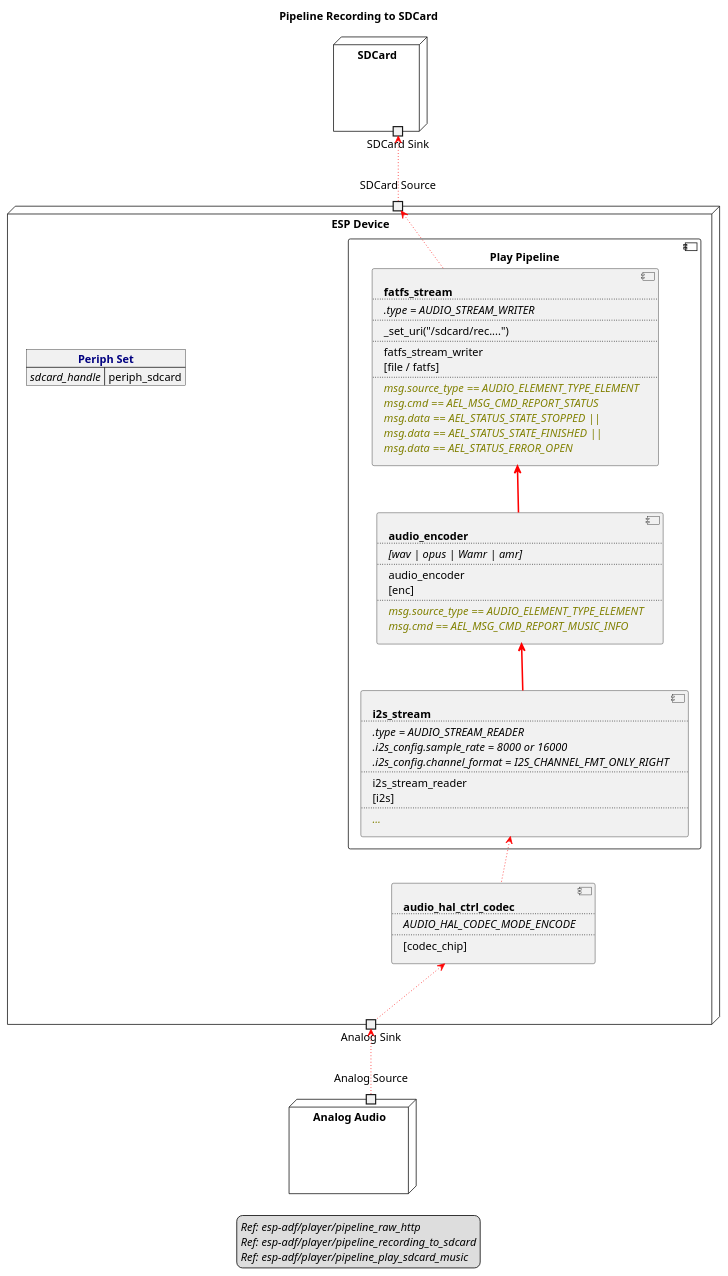
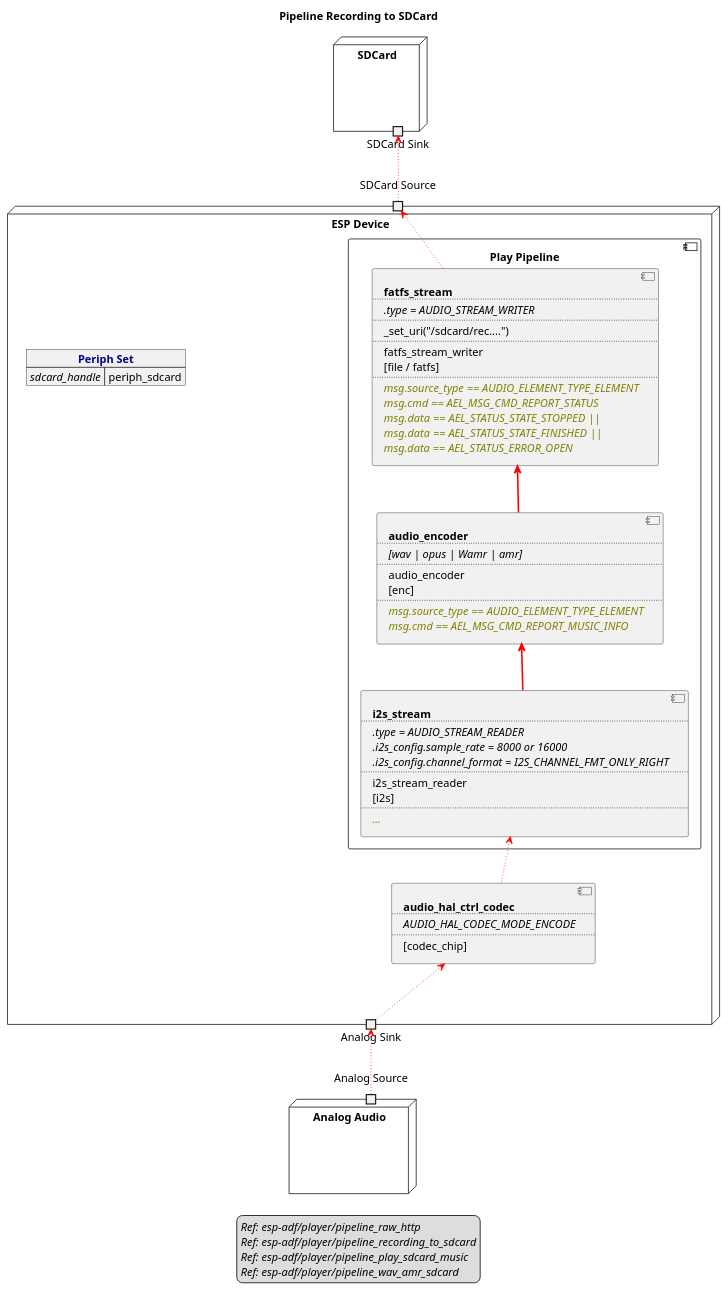
One commit to liang-zhu-zi/open-audio-adapter changed the diagram in examples/esp-adf/recorder/pipeline_recording_to_sdcard/audio-stream-diagram.plantuml. Above: the diagram before and after it, drawn with PlantUML. The commit also changed 1 other file, not shown here.

Commit message:
add audio flow chart

```diff
--- a/examples/esp-adf/recorder/pipeline_recording_to_sdcard/audio-stream-diagram.plantuml
+++ b/examples/esp-adf/recorder/pipeline_recording_to_sdcard/audio-stream-diagram.plantuml
@@ -1,93 +1,94 @@
 @startuml pipeline_recording_to_sdcard
 title Pipeline Recording to SDCard
 allowmixing
 
 legend
 //Ref: esp-adf/player/pipeline_raw_http//
 //Ref: esp-adf/player/pipeline_recording_to_sdcard//
 //Ref: esp-adf/player/pipeline_play_sdcard_music//
+//Ref: esp-adf/player/pipeline_wav_amr_sdcard//
 end legend
 
 node "SDCard" as SDCard {
     portout "SDCard Sink" as SdcardSink
 }
 
 node "ESP Device" as ESPDevice {
 
     json "<b><color navy>Periph Set" as periph_set {
         "<i>sdcard_handle" : "periph_sdcard"
     }
 
     portin "SDCard Source" as SdcardSource
 
     component "Play Pipeline" as PlayPipeline {
 
         component FatfsStream [
             <b>fatfs_stream
             ....
             <i>.type = AUDIO_STREAM_WRITER
             ....
             _set_uri("/sdcard/rec....")
             ....
             fatfs_stream_writer
             [file / fatfs]
             ....
             <i><color olive>msg.source_type == AUDIO_ELEMENT_TYPE_ELEMENT
             <i><color olive>msg.cmd == AEL_MSG_CMD_REPORT_STATUS
             <i><color olive>msg.data == AEL_STATUS_STATE_STOPPED ||
             <i><color olive>msg.data == AEL_STATUS_STATE_FINISHED ||
             <i><color olive>msg.data == AEL_STATUS_ERROR_OPEN
         ]
 
-        component AudioDecoder [
+        component AudioEncoder [
             <b>audio_encoder
             ....
             <i>[wav | opus | Wamr | amr]
             ....
             audio_encoder
             [enc]
             ....
             <i><color olive>msg.source_type == AUDIO_ELEMENT_TYPE_ELEMENT
             <i><color olive>msg.cmd == AEL_MSG_CMD_REPORT_MUSIC_INFO
         ]
 
         component I2SStream [
             <b>i2s_stream
             ....
             <i>.type = AUDIO_STREAM_READER
             <i>.i2s_config.sample_rate = 8000 or 16000
             <i>.i2s_config.channel_format = I2S_CHANNEL_FMT_ONLY_RIGHT
             ....
             i2s_stream_reader
             [i2s]
             ....
             <i><color olive>...
         ]
     }
 
     component HALCodec [
         <b>audio_hal_ctrl_codec
         ....
         <i>AUDIO_HAL_CODEC_MODE_ENCODE
         ....
         [codec_chip]
     ]
 
     portout "Analog Sink" as AnalogSink
 } 
 
 node "Analog Audio" as AnalogAudio  {
     portin "Analog Source" as AnalogSource
 }
 
 SdcardSink <-- SdcardSource     #line:red;line.dotted;text:red
 
 SdcardSource <-- FatfsStream    #line:red;line.dotted;text:red
-FatfsStream  <-- AudioDecoder   #line:red;line.bold;text:red
-AudioDecoder <-- I2SStream      #line:red;line.bold;text:red
+FatfsStream  <-- AudioEncoder   #line:red;line.bold;text:red
+AudioEncoder <-- I2SStream      #line:red;line.bold;text:red
 I2SStream  <-- HALCodec         #line:red;line.dotted;text:red
 HALCodec   <-- AnalogSink       #line:red;line.dotted;text:red
 
 AnalogSink <-- AnalogSource     #line:red;line.dotted;text:red
 
 @enduml
```
